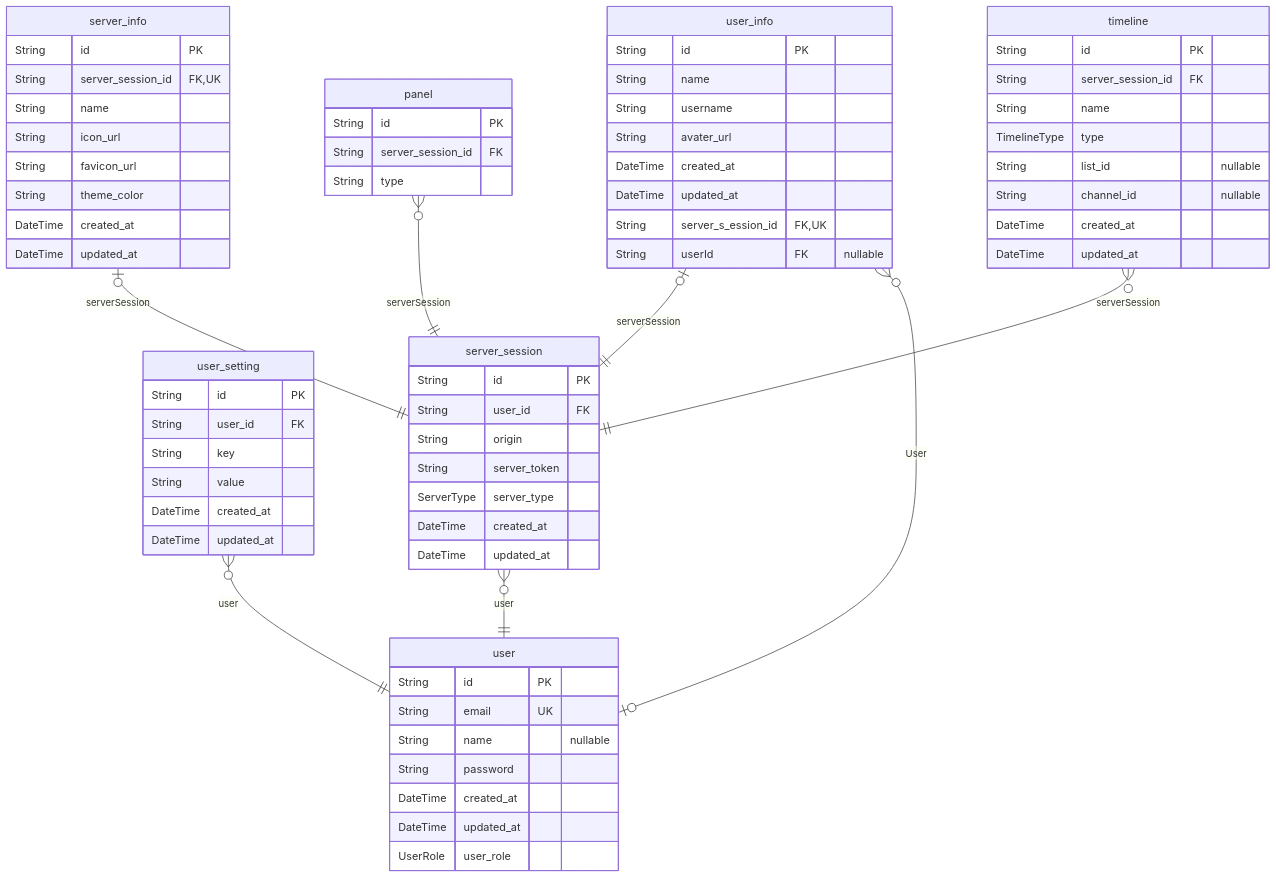
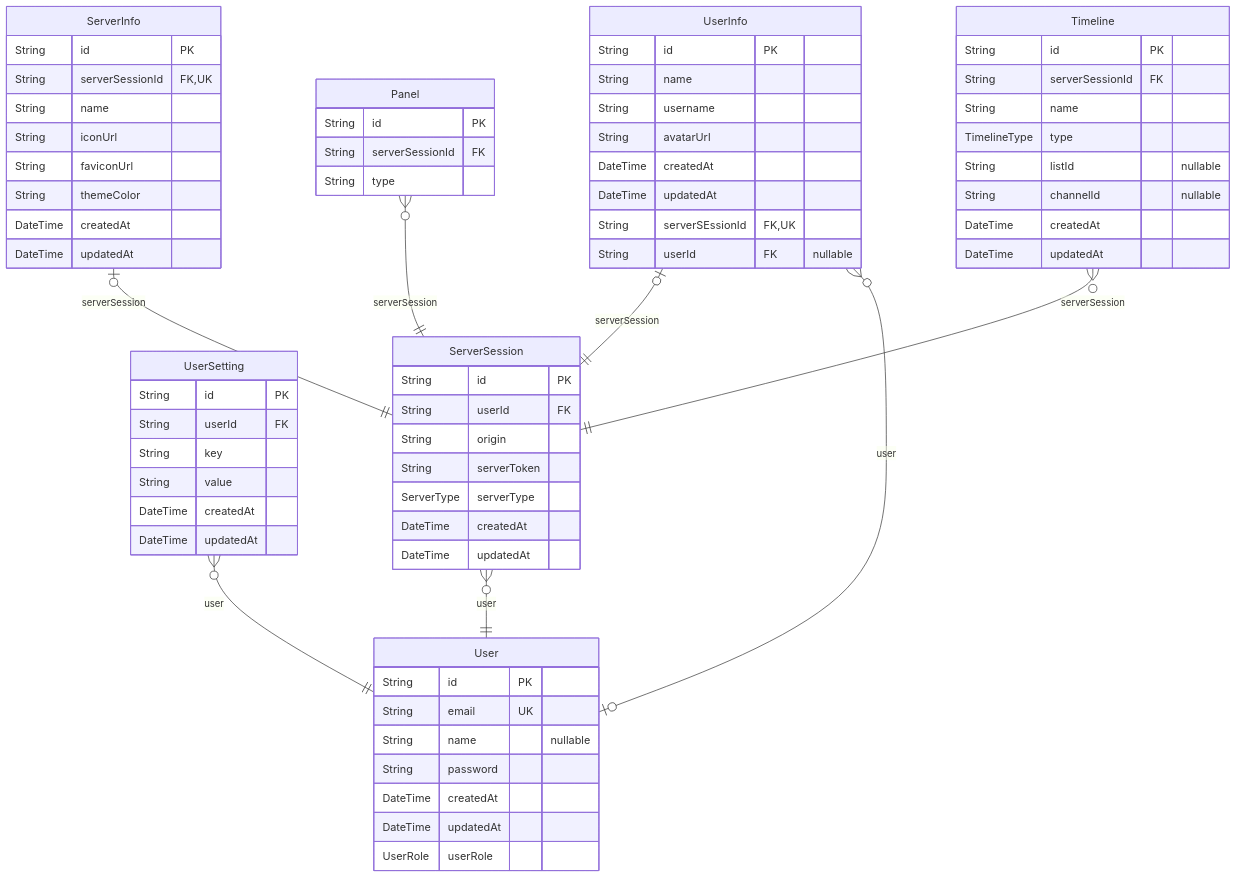
One commit to mochi-sann/mi-deck changed the diagram in apps/server/prisma/ERD.md. Above: the diagram before and after it, drawn with Mermaid. The commit also changed other lines of this file and 7 other files, not shown here.

````diff
--- a/apps/server/prisma/ERD.md
+++ b/apps/server/prisma/ERD.md
@@ -7,71 +7,71 @@
 ```mermaid
 erDiagram
-"user" {
+"User" {
   String id PK
   String email UK
   String name "nullable"
   String password
-  DateTime created_at
-  DateTime updated_at
-  UserRole user_role
+  DateTime createdAt
+  DateTime updatedAt
+  UserRole userRole
 }
-"user_setting" {
+"UserSetting" {
   String id PK
-  String user_id FK
+  String userId FK
   String key
   String value
-  DateTime created_at
-  DateTime updated_at
+  DateTime createdAt
+  DateTime updatedAt
 }
-"server_session" {
+"ServerSession" {
   String id PK
-  String user_id FK
+  String userId FK
   String origin
-  String server_token
-  ServerType server_type
-  DateTime created_at
-  DateTime updated_at
+  String serverToken
+  ServerType serverType
+  DateTime createdAt
+  DateTime updatedAt
 }
-"server_info" {
+"ServerInfo" {
   String id PK
-  String server_session_id FK,UK
+  String serverSessionId FK,UK
   String name
-  String icon_url
-  String favicon_url
-  String theme_color
-  DateTime created_at
-  DateTime updated_at
+  String iconUrl
+  String faviconUrl
+  String themeColor
+  DateTime createdAt
+  DateTime updatedAt
 }
-"user_info" {
+"UserInfo" {
   String id PK
   String name
   String username
-  String avater_url
-  DateTime created_at
-  DateTime updated_at
-  String server_s_ession_id FK,UK
+  String avatarUrl
+  DateTime createdAt
+  DateTime updatedAt
+  String serverSEssionId FK,UK
   String userId FK "nullable"
 }
-"panel" {
+"Panel" {
   String id PK
-  String server_session_id FK
+  String serverSessionId FK
   String type
 }
-"timeline" {
+"Timeline" {
   String id PK
-  String server_session_id FK
+  String serverSessionId FK
   String name
   TimelineType type
-  String list_id "nullable"
-  String channel_id "nullable"
-  DateTime created_at
-  DateTime updated_at
+  String listId "nullable"
+  String channelId "nullable"
+  DateTime createdAt
+  DateTime updatedAt
 }
-"user_setting" }o--|| "user" : user
-"server_session" }o--|| "user" : user
-"server_info" |o--|| "server_session" : serverSession
-"user_info" |o--|| "server_session" : serverSession
-"user_info" }o--o| "user" : User
-"panel" }o--|| "server_session" : serverSession
-"timeline" }o--|| "server_session" : serverSession
+"UserSetting" }o--|| "User" : user
+"ServerSession" }o--|| "User" : user
+"ServerInfo" |o--|| "ServerSession" : serverSession
+"UserInfo" |o--|| "ServerSession" : serverSession
+"UserInfo" }o--o| "User" : user
+"Panel" }o--|| "ServerSession" : serverSession
+"Timeline" }o--|| "ServerSession" : serverSession
 ```
````
